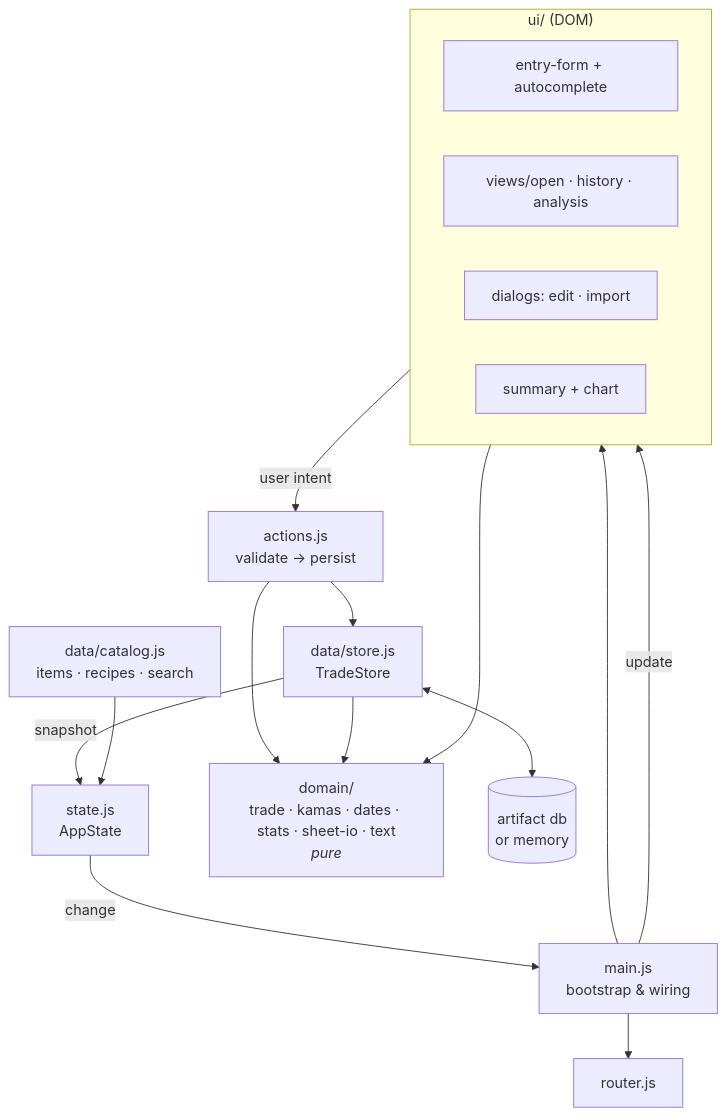
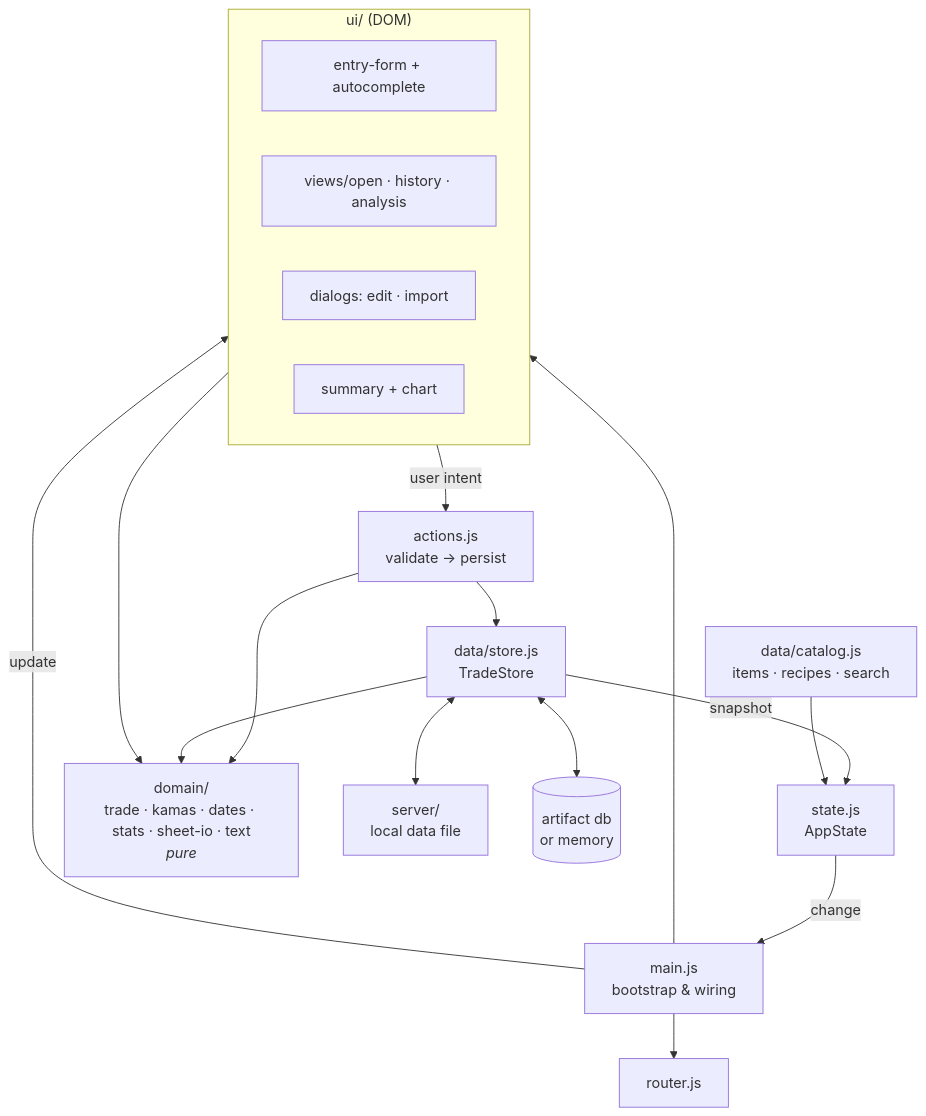
Before and after one commit to Lymero/carnet-de-kamas: the diagram in docs/ARCHITECTURE.md, drawn with Mermaid. The commit also changed other lines of this file and 20 other files, not shown here.

First line of the commit message:
Save data to a local file when run with npm start

````diff
--- a/docs/ARCHITECTURE.md
+++ b/docs/ARCHITECTURE.md
@@ -12,22 +13,23 @@
 ```mermaid
 flowchart TD
   subgraph UI["ui/ (DOM)"]
     form[entry-form + autocomplete]
     views[views/open · history · analysis]
     dialogs[dialogs: edit · import]
     summary[summary + chart]
   end
   main[main.js<br/>bootstrap & wiring] --> UI
   main --> router[router.js]
   UI -- user intent --> actions[actions.js<br/>validate → persist]
   actions --> store[data/store.js<br/>TradeStore]
   store -- snapshot --> state[state.js<br/>AppState]
   state -- change --> main
   main -- update --> UI
   UI --> domain
   actions --> domain
   store --> domain
   catalog[data/catalog.js<br/>items · recipes · search] --> state
   domain[domain/<br/>trade · kamas · dates · stats · sheet-io · text<br/><i>pure</i>]
+  store <--> server[server/<br/>local data file]
   store <--> db[(artifact db<br/>or memory)]
 ```
````
